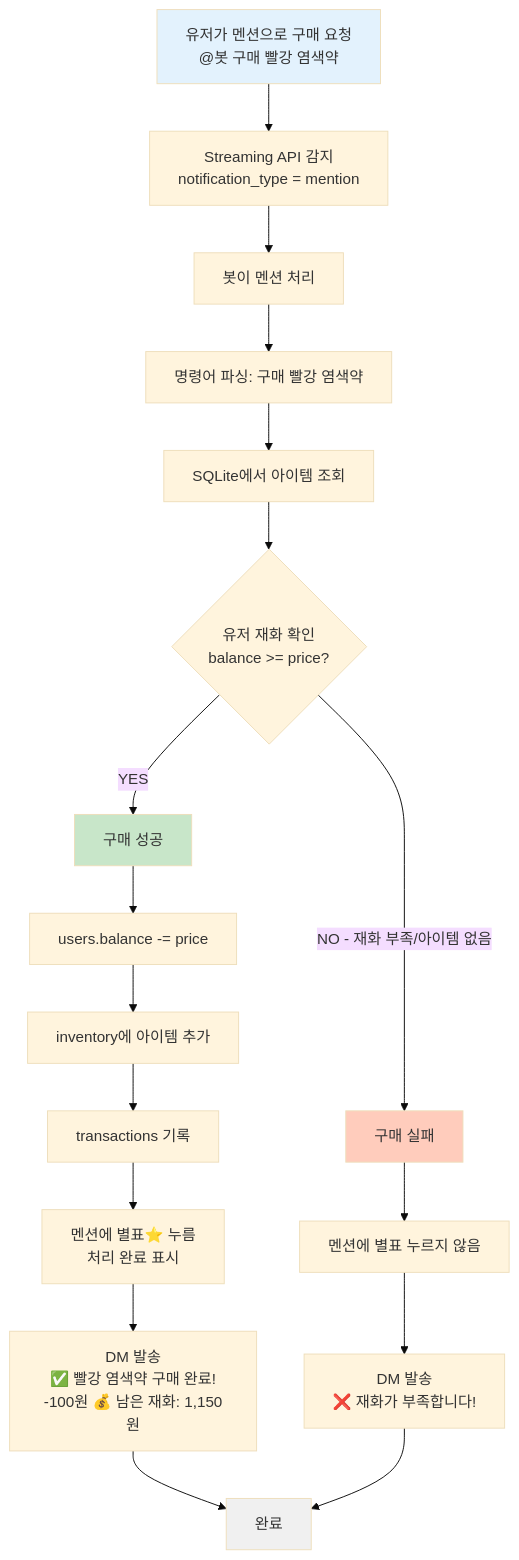
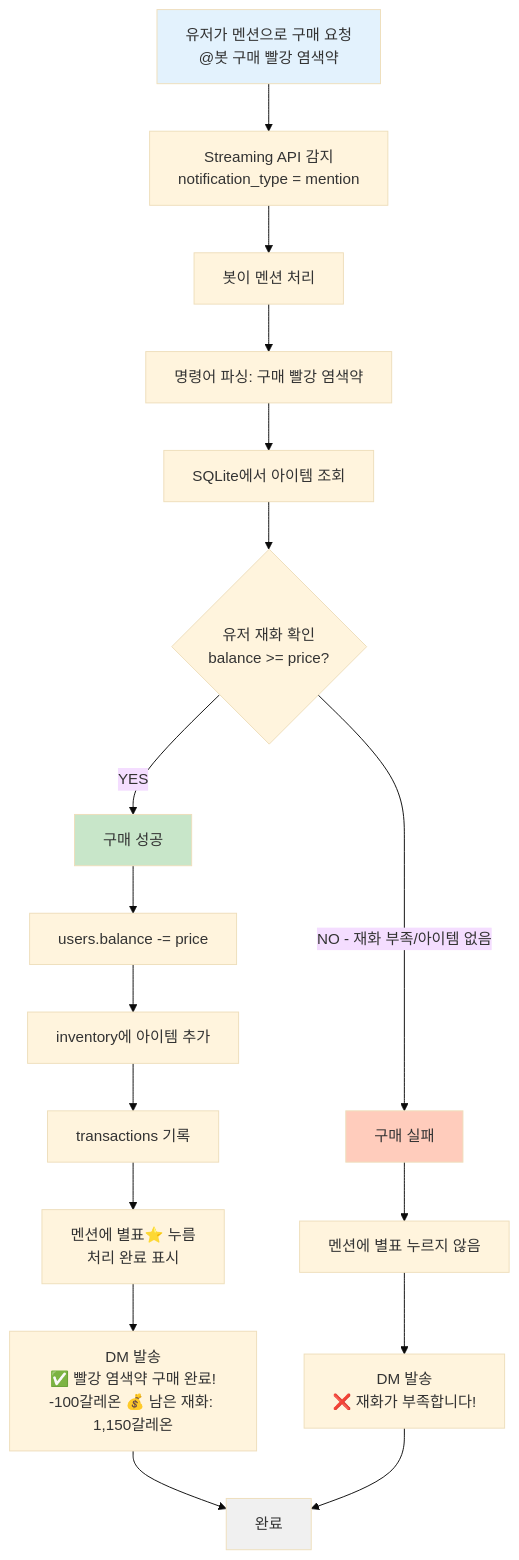
One commit to NinoNinoNinoling/commumanager changed the fifth of 5 diagrams in docs/ARCHITECTURE.md. Above: the diagram before and after it, drawn with Mermaid (base theme). The commit also changed 2 other files, not shown here.

Commit message:
문서 개선: 개발자 문서 통화 단위 통일 (원→갈레온)
- features.md: 재화 지급 공식, 출석 체크, 설정 섹션 통화 단위 변경 (3곳)
- ARCHITECTURE.md: 상점 구매 플로우 다이어그램 통화 단위 변경 (2곳)
- api_design.md: 관리 로그 예시 통화 단위 변경 (1곳)

이제 모든 문서에서 일관되게 '갈레온'을 사용합니다.

````diff
--- a/docs/ARCHITECTURE.md
+++ b/docs/ARCHITECTURE.md
@@ -223,26 +223,26 @@
 ```mermaid
 flowchart TD
     A[유저가 멘션으로 구매 요청<br/>@봇 구매 빨강 염색약] --> B[Streaming API 감지<br/>notification_type = mention]
     B --> C[봇이 멘션 처리]
     C --> C1[명령어 파싱: 구매 빨강 염색약]
     C1 --> C2[SQLite에서 아이템 조회]
     C2 --> C3{유저 재화 확인<br/>balance >= price?}
 
     C3 -->|YES| D[구매 성공]
     D --> D1[users.balance -= price]
     D1 --> D2[inventory에 아이템 추가]
     D2 --> D3[transactions 기록]
     D3 --> D4[멘션에 별표⭐ 누름<br/>처리 완료 표시]
-    D4 --> D5[DM 발송<br/>✅ 빨강 염색약 구매 완료!<br/>-100원 💰 남은 재화: 1,150원]
+    D4 --> D5[DM 발송<br/>✅ 빨강 염색약 구매 완료!<br/>-100갈레온 💰 남은 재화: 1,150갈레온]
     D5 --> Z[완료]
 
     C3 -->|NO - 재화 부족/아이템 없음| E[구매 실패]
     E --> E1[멘션에 별표 누르지 않음]
     E1 --> E2[DM 발송<br/>❌ 재화가 부족합니다!]
     E2 --> Z
 
     style A fill:#e3f2fd
     style D fill:#c8e6c9
     style E fill:#ffccbc
     style Z fill:#f0f0f0
 ```
````
